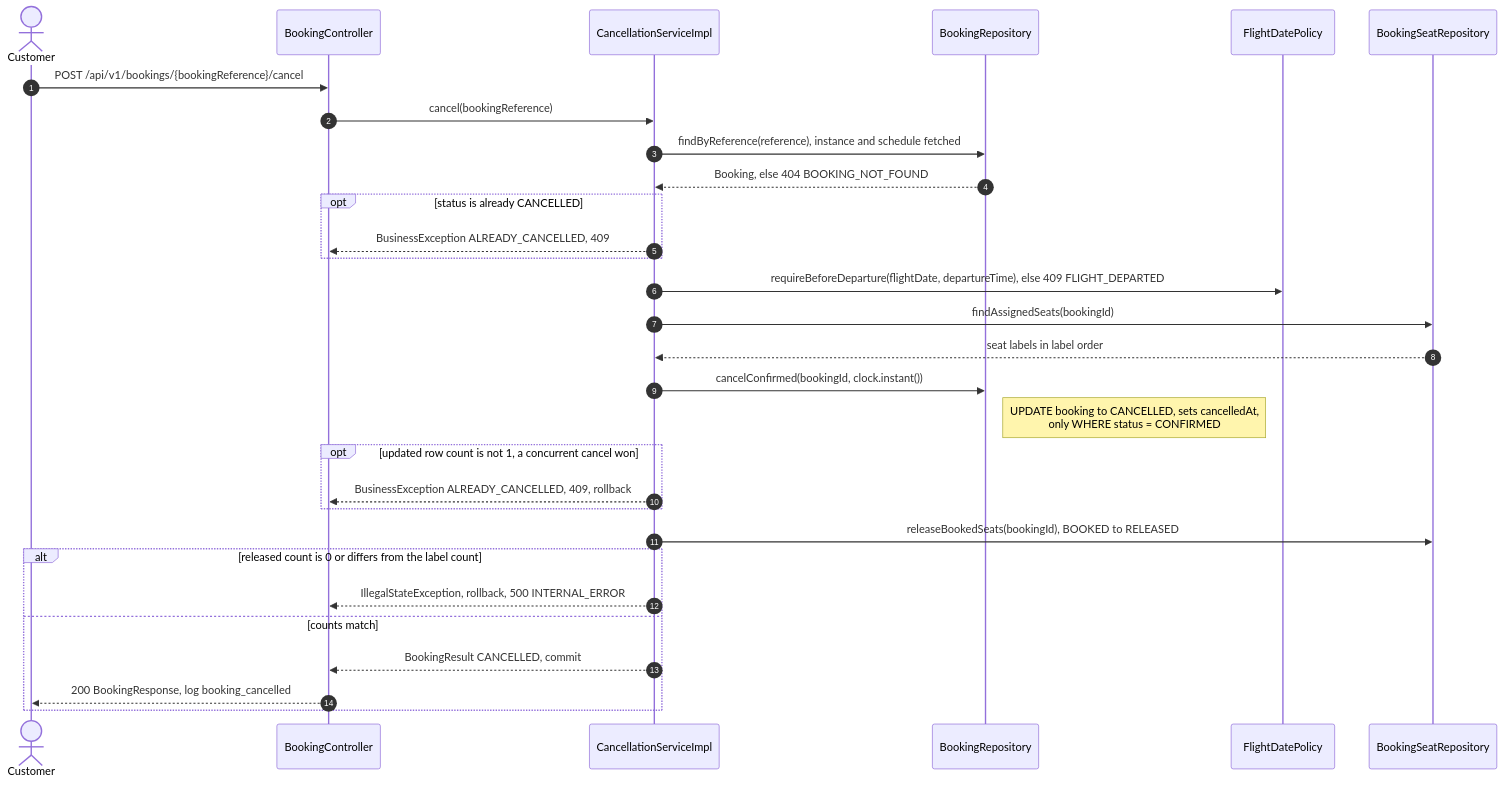
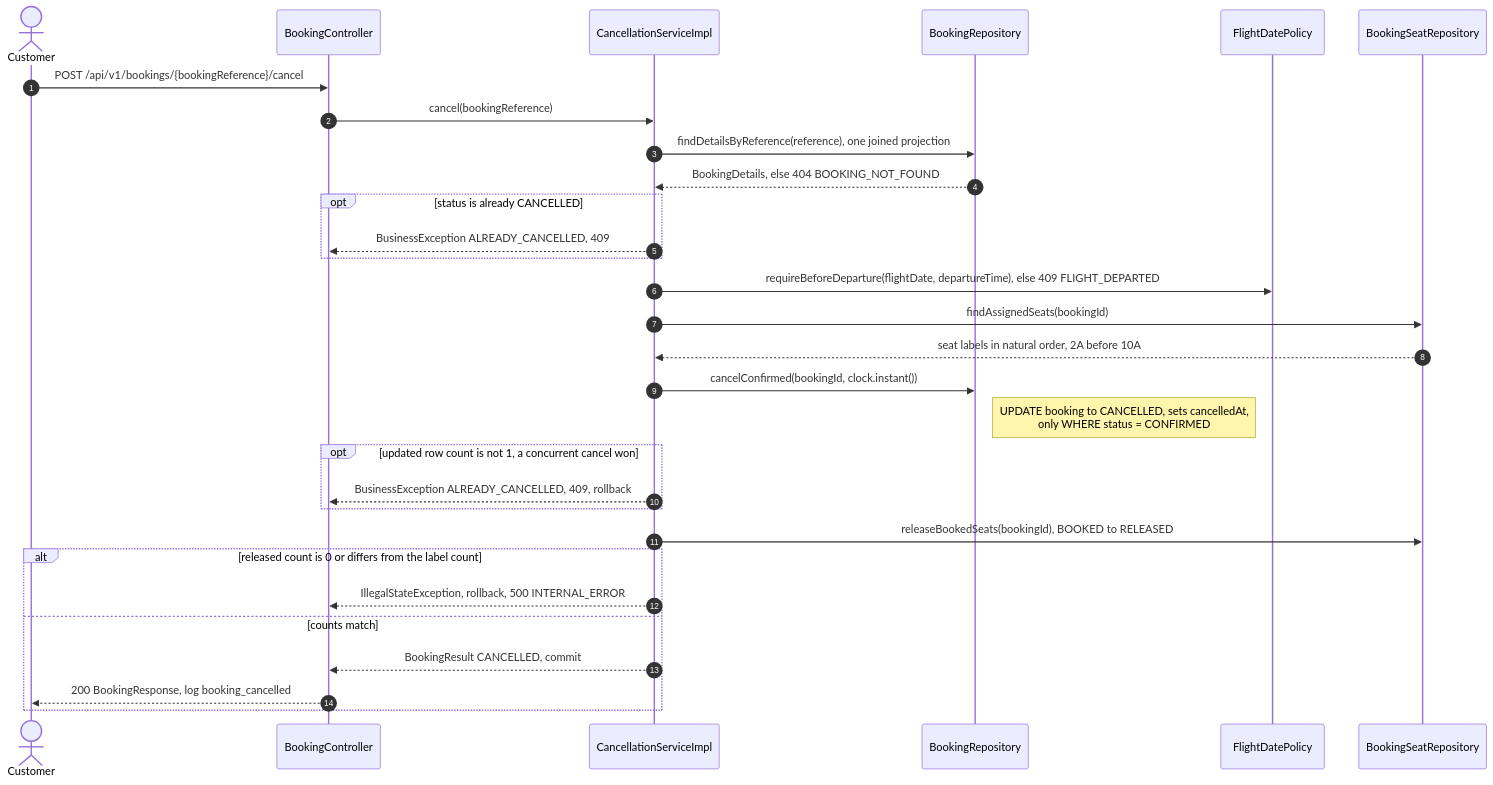
One commit to Nishant006/airline-ticketing-system changed the eighth of 10 diagrams in lld/design.md. Above: the diagram before and after it, drawn with Mermaid. The commit also changed other lines of this file and 33 other files, not shown here.

````diff
--- a/lld/design.md
+++ b/lld/design.md
@@ -664,32 +671,32 @@
 ```mermaid
 sequenceDiagram
     autonumber
     actor Customer
     participant BC as BookingController
     participant CS as CancellationServiceImpl
     participant BR as BookingRepository
     participant P as FlightDatePolicy
     participant SR as BookingSeatRepository
     Customer->>BC: POST /api/v1/bookings/{bookingReference}/cancel
     BC->>CS: cancel(bookingReference)
-    CS->>BR: findByReference(reference), instance and schedule fetched
-    BR-->>CS: Booking, else 404 BOOKING_NOT_FOUND
+    CS->>BR: findDetailsByReference(reference), one joined projection
+    BR-->>CS: BookingDetails, else 404 BOOKING_NOT_FOUND
     opt status is already CANCELLED
         CS-->>BC: BusinessException ALREADY_CANCELLED, 409
     end
     CS->>P: requireBeforeDeparture(flightDate, departureTime), else 409 FLIGHT_DEPARTED
     CS->>SR: findAssignedSeats(bookingId)
-    SR-->>CS: seat labels in label order
+    SR-->>CS: seat labels in natural order, 2A before 10A
     CS->>BR: cancelConfirmed(bookingId, clock.instant())
     Note right of BR: UPDATE booking to CANCELLED, sets cancelledAt,<br/>only WHERE status = CONFIRMED
     opt updated row count is not 1, a concurrent cancel won
         CS-->>BC: BusinessException ALREADY_CANCELLED, 409, rollback
     end
     CS->>SR: releaseBookedSeats(bookingId), BOOKED to RELEASED
     alt released count is 0 or differs from the label count
         CS-->>BC: IllegalStateException, rollback, 500 INTERNAL_ERROR
     else counts match
         CS-->>BC: BookingResult CANCELLED, commit
         BC-->>Customer: 200 BookingResponse, log booking_cancelled
     end
 ```
````
